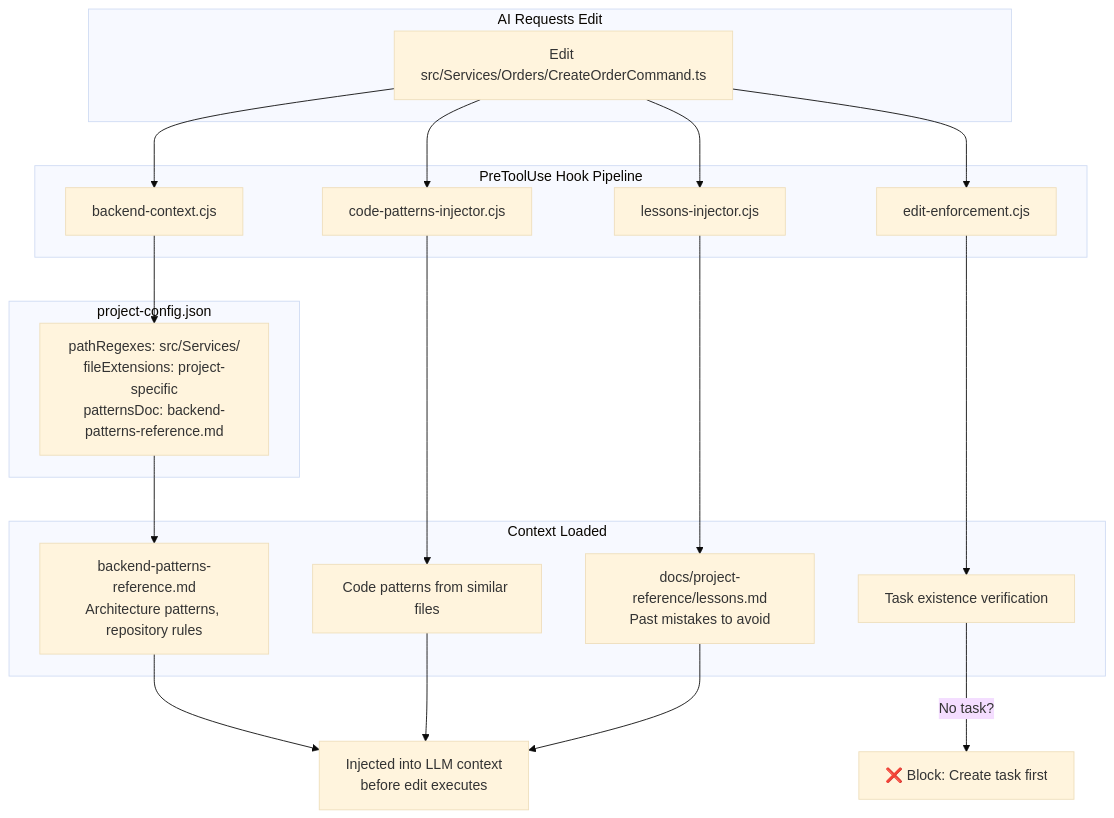
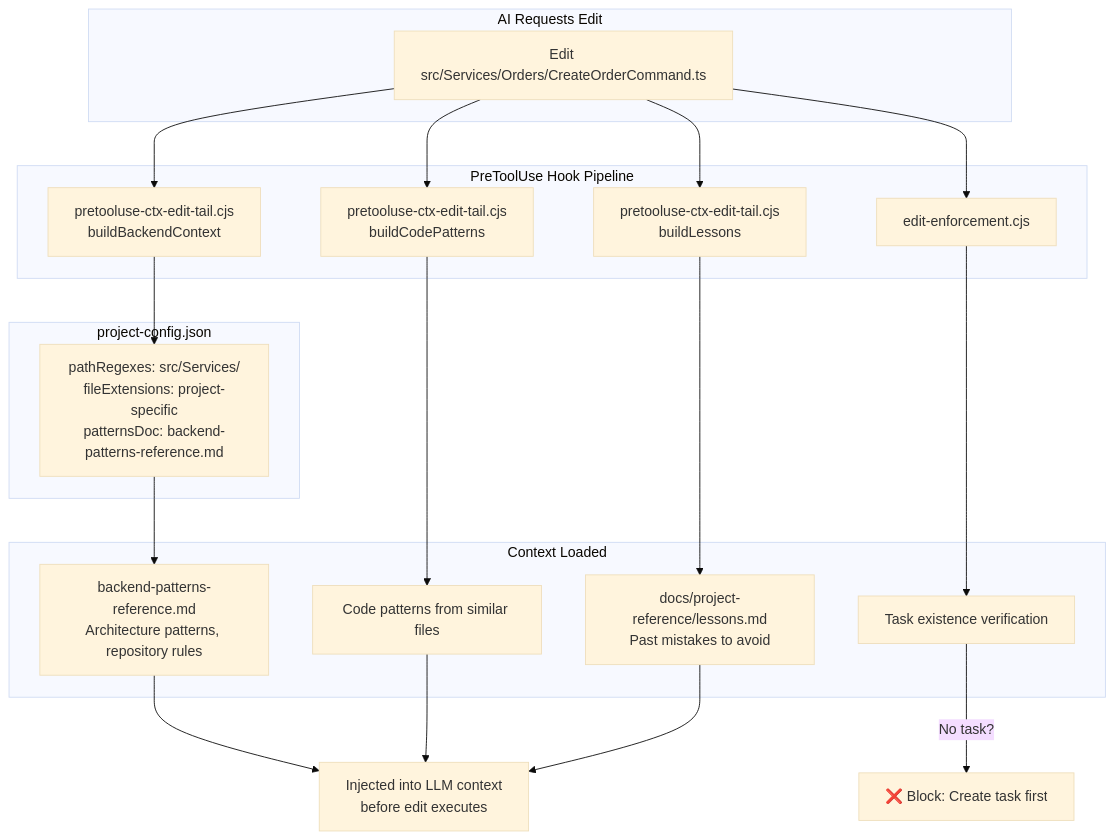
One commit to duc01226/easy-claude changed the fourth of 20 diagrams in .claude/docs/claude-ai-agent-framework-guide.md. Above: the diagram before and after it, drawn with Mermaid (base theme). The commit also changed other lines of this file and 382 other files, not shown here.

````diff
--- a/.claude/docs/claude-ai-agent-framework-guide.md
+++ b/.claude/docs/claude-ai-agent-framework-guide.md
@@ -376,34 +376,34 @@
 ```mermaid
 graph TB
     subgraph "AI Requests Edit"
         E[Edit src/Services/Orders/CreateOrderCommand.ts]
     end
 
     subgraph "PreToolUse Hook Pipeline"
-        BC[backend-context.cjs]
-        CP[code-patterns-injector.cjs]
-        LI[lessons-injector.cjs]
+        BC[pretooluse-ctx-edit-tail.cjs<br/>buildBackendContext]
+        CP[pretooluse-ctx-edit-tail.cjs<br/>buildCodePatterns]
+        LI[pretooluse-ctx-edit-tail.cjs<br/>buildLessons]
         EE[edit-enforcement.cjs]
     end
 
     subgraph "Context Loaded"
         P1[backend-patterns-reference.md<br/>Architecture patterns, repository rules]
         P2[Code patterns from similar files]
         P3[docs/project-reference/lessons.md<br/>Past mistakes to avoid]
         P5[Task existence verification]
     end
 
     subgraph "project-config.json"
         PC[pathRegexes: src/Services/<br/>fileExtensions: project-specific<br/>patternsDoc: backend-patterns-reference.md]
     end
 
     E --> BC & CP & LI & EE
     BC --> PC
     PC --> P1
     CP --> P2
     LI --> P3
     EE --> P5
 
     P1 & P2 & P3 --> INJ[Injected into LLM context<br/>before edit executes]
     P5 -->|No task?| BLOCK2[❌ Block: Create task first]
 ```
````
